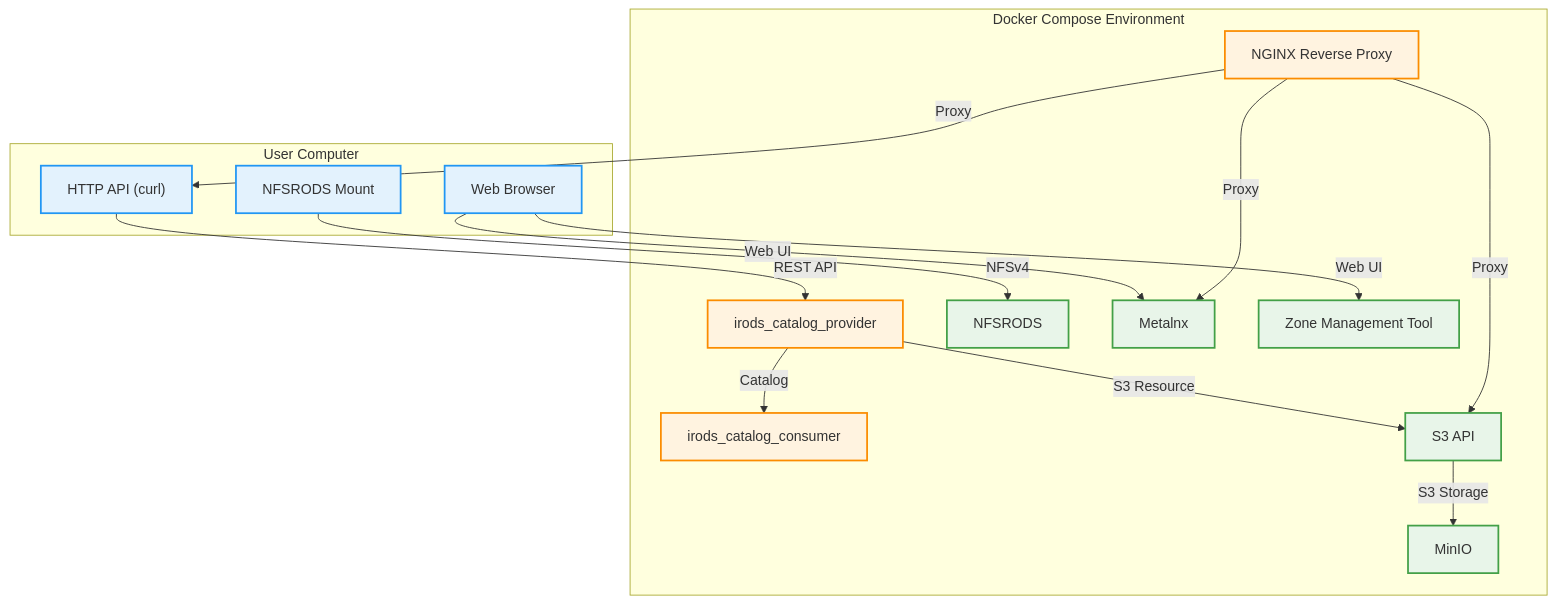
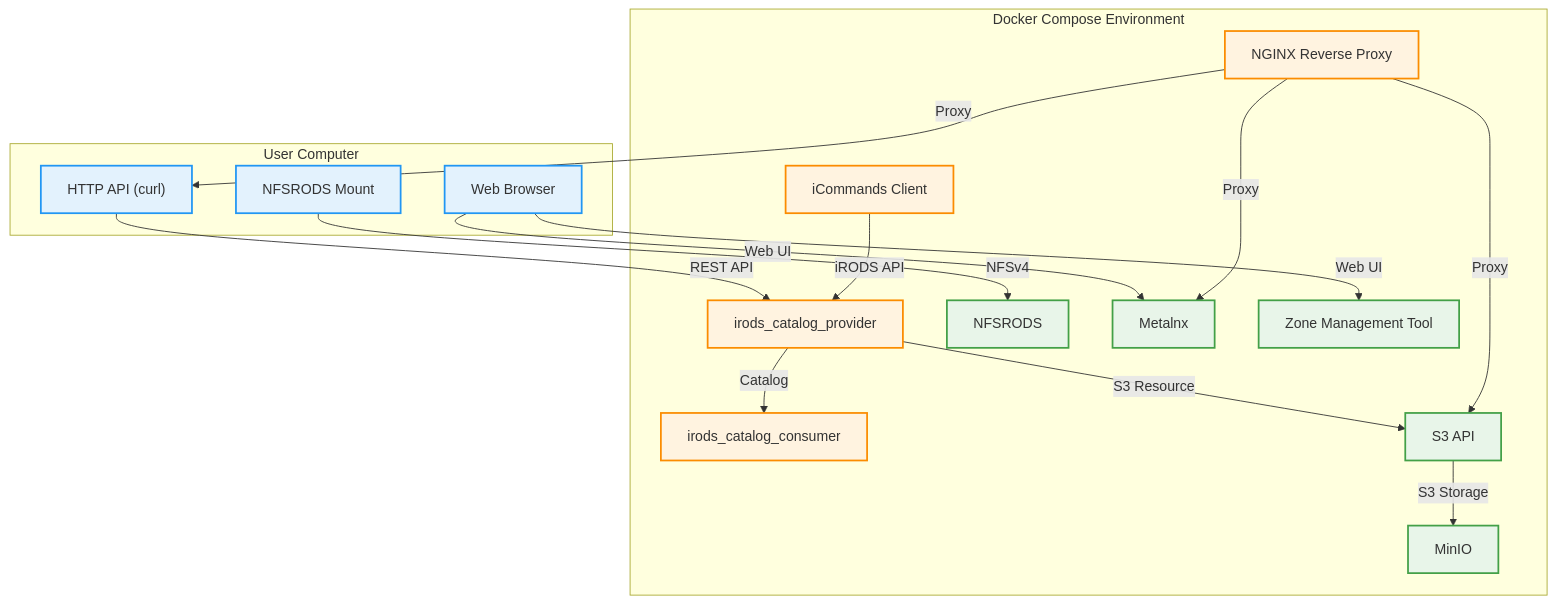
The diagram in Walkthrough.md (irods/irods_demo), drawn with Mermaid before and after one commit. The commit also changed other lines of this file, not shown here.

Commit message:
docs: add iCommands client to architecture diagram and update walkthrough for container names, NFSRODS mount, and public permissions

````diff
--- a/Walkthrough.md
+++ b/Walkthrough.md
@@ -9,37 +9,39 @@
 ```mermaid
 flowchart TD
     %% User Computer
     subgraph UserComputer["User Computer"]
         NFS["NFSRODS Mount"]
         HTTP["HTTP API (curl)"]
         Browser["Web Browser"]
     end
     %% Docker Compose Environment
     subgraph DockerEnv["Docker Compose Environment"]
         IC["irods_catalog_provider"]
         CC["irods_catalog_consumer"]
         NFSRODS["NFSRODS"]
         Metalnx["Metalnx"]
         ZMT["Zone Management Tool"]
         S3API["S3 API"]
         MinIO["MinIO"]
         NGINX["NGINX Reverse Proxy"]
+        ICOM["iCommands Client"]
     end
     NFS -- NFSv4 --> NFSRODS
     HTTP -- REST API --> IC
     Browser -- Web UI --> Metalnx
     Browser -- Web UI --> ZMT
     IC -- Catalog --> CC
     IC -- S3 Resource --> S3API
     S3API -- S3 Storage --> MinIO
     NGINX -- Proxy --> Metalnx
     NGINX -- Proxy --> S3API
     NGINX -- Proxy --> HTTP
+    ICOM -- iRODS API --> IC
     %% Add color
     classDef user fill:#e3f2fd,stroke:#2196f3,stroke-width:2px;
     classDef docker fill:#fff3e0,stroke:#fb8c00,stroke-width:2px;
     classDef service fill:#e8f5e9,stroke:#43a047,stroke-width:2px;
     class NFS,HTTP,Browser user;
-    class IC,CC,NFSRODS,Metalnx,ZMT,S3API,MinIO,NGINX docker;
+    class IC,CC,NFSRODS,Metalnx,ZMT,S3API,MinIO,NGINX,ICOM docker;
     class Metalnx,ZMT,S3API,MinIO,NFSRODS service;
 ```
````
